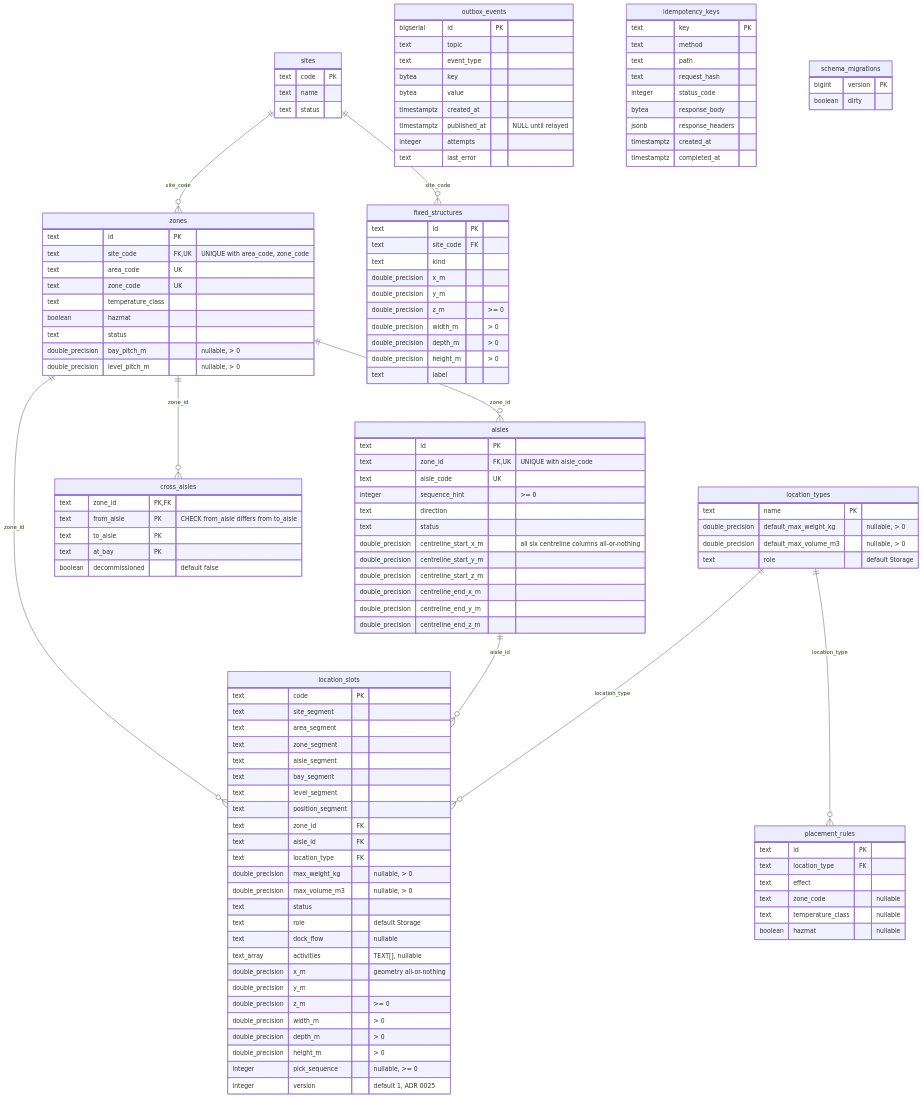
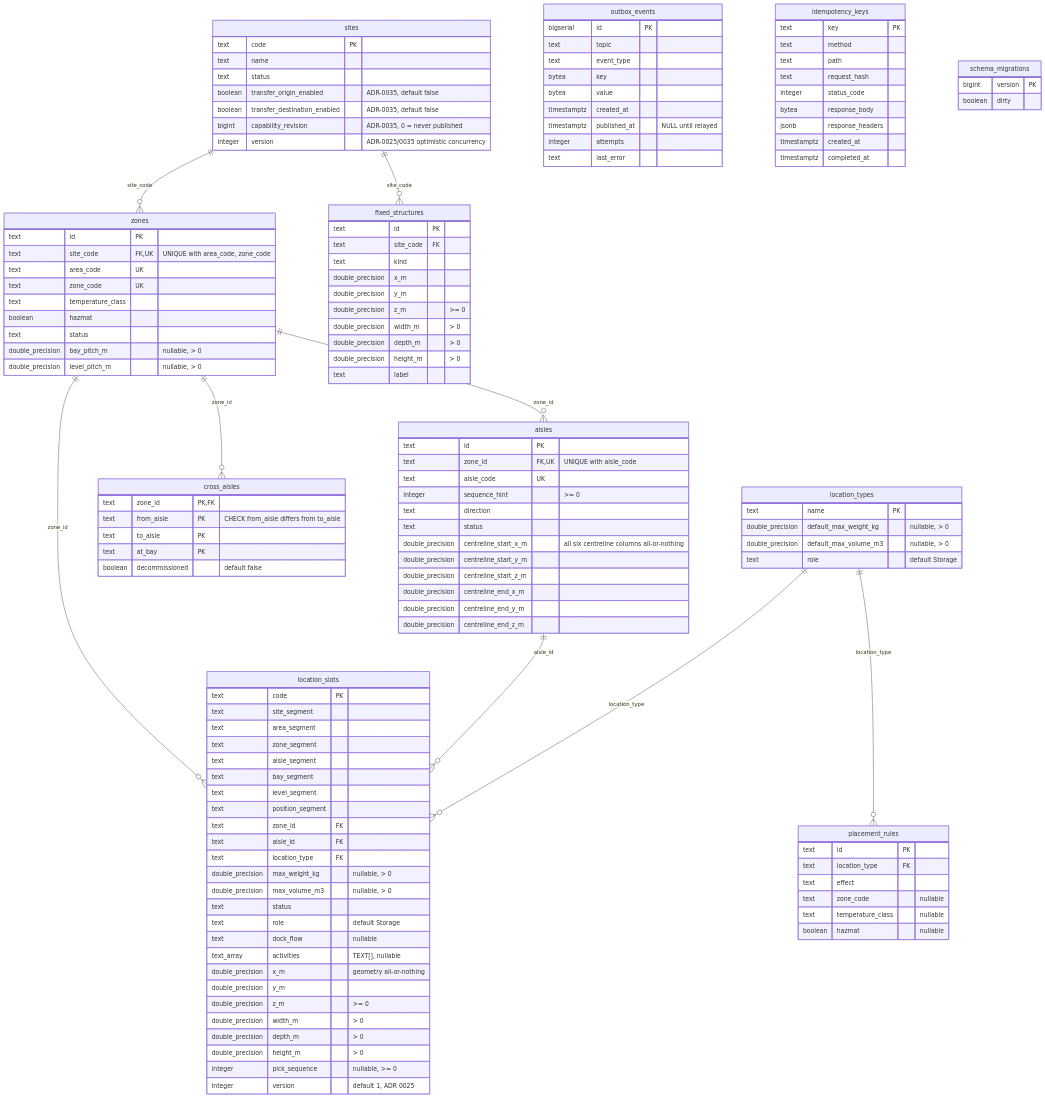
One commit to IQVO/warehouse-docs changed the first of 2 diagrams in docs/contexts/facility-layout/entity-relationship.md. Above: the diagram before and after it, drawn with Mermaid. The commit also changed other lines of this file and 93 other files, not shown here.

```diff
--- a/docs/contexts/facility-layout/entity-relationship.md
+++ b/docs/contexts/facility-layout/entity-relationship.md
@@ -30,6 +30,10 @@
         text code PK
         text name
         text status
+        boolean transfer_origin_enabled "ADR-0035, default false"
+        boolean transfer_destination_enabled "ADR-0035, default false"
+        bigint capability_revision "ADR-0035, 0 = never published"
+        integer version "ADR-0025/0035 optimistic concurrency"
     }
     zones {
         text id PK
```
